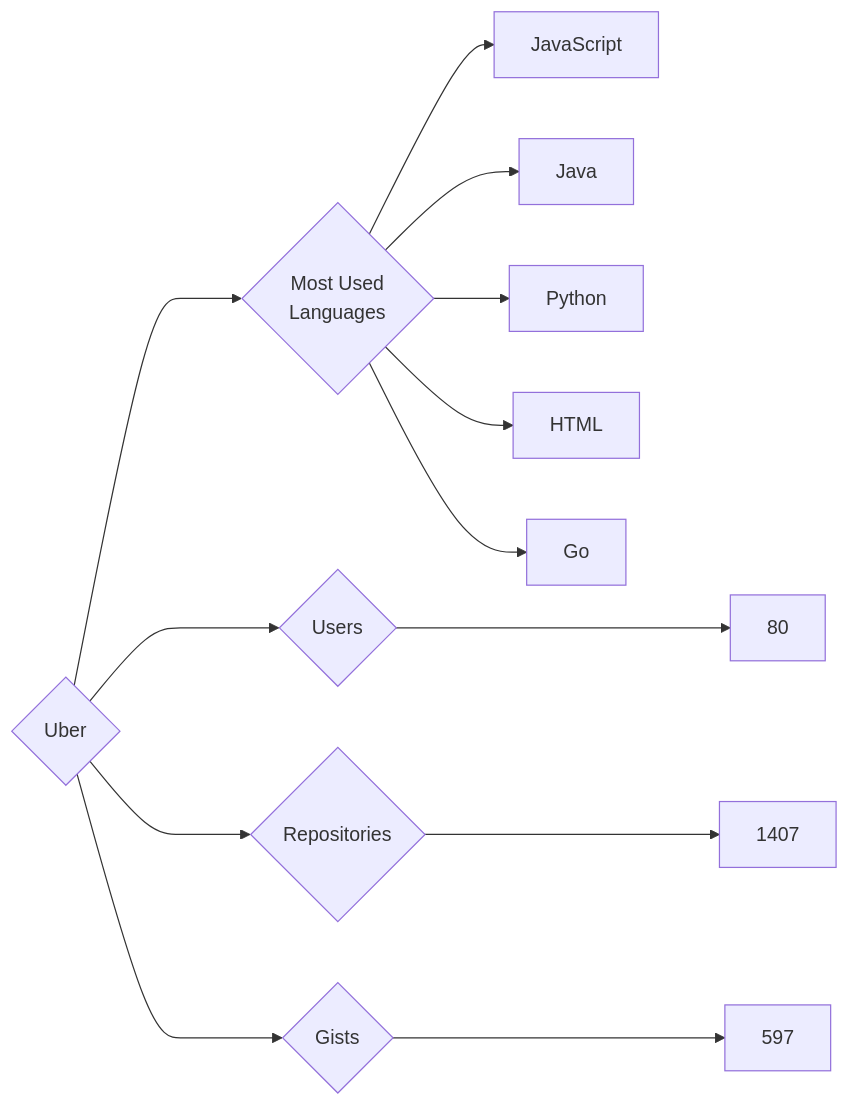
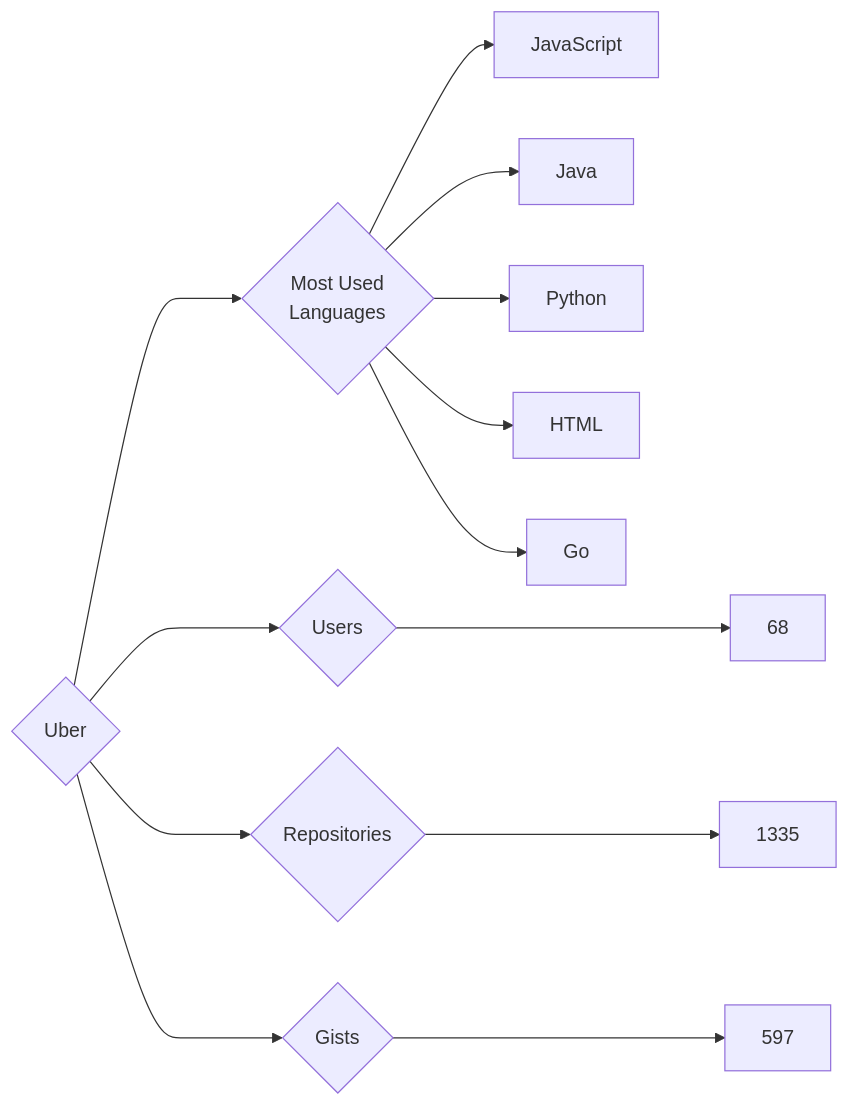
Before and after one commit to trickest/insiders: the diagram in targets/Uber/README.md, drawn with Mermaid. The commit also changed 860 other files, not shown here.

````diff
--- a/targets/Uber/README.md
+++ b/targets/Uber/README.md
@@ -3,13 +3,13 @@
 ```mermaid
 graph LR
 COMPANY_NAME{Uber}
-COMPANY_NAME ---> U{Users} ---> UN[80]
-COMPANY_NAME ---> R{Repositories} ---> RN[1407]
+COMPANY_NAME ---> U{Users} ---> UN[68]
+COMPANY_NAME ---> R{Repositories} ---> RN[1335]
 COMPANY_NAME ---> G{Gists} ---> GN[597]
 COMPANY_NAME ---> ML{Most Used<br>Languages}
 ML --> JavaScript[JavaScript]
 ML --> Java[Java]
 ML --> Python[Python]
 ML --> HTML[HTML]
 ML --> Go[Go]
 ```
````
